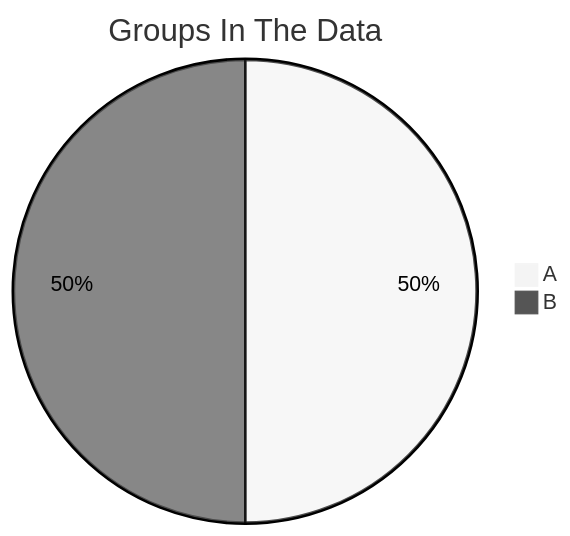
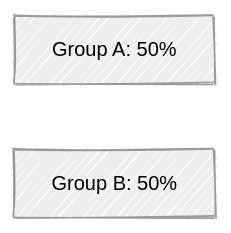
One commit to agrogan1/closeread changed the first of 3 diagrams in multivariate/multivariate.md. Above: the diagram before and after it, drawn with Mermaid. The commit also changed other lines of this file, not shown here.

First line of the commit message:
Clean up mermaid diagrams in multivariate.md

````diff
--- a/multivariate/multivariate.md
+++ b/multivariate/multivariate.md
@@ -24,10 +11,14 @@
 ```mermaid
 ---
 config:
   look: handDrawn
   theme: neutral
 ---
-pie title Groups In The Data
-    "A" : 50
-    "B" : 50
+
+flowchart LR
+
+  A["Group A: 50%"]
+
+  B["Group B: 50%"]
+
 ```
````
